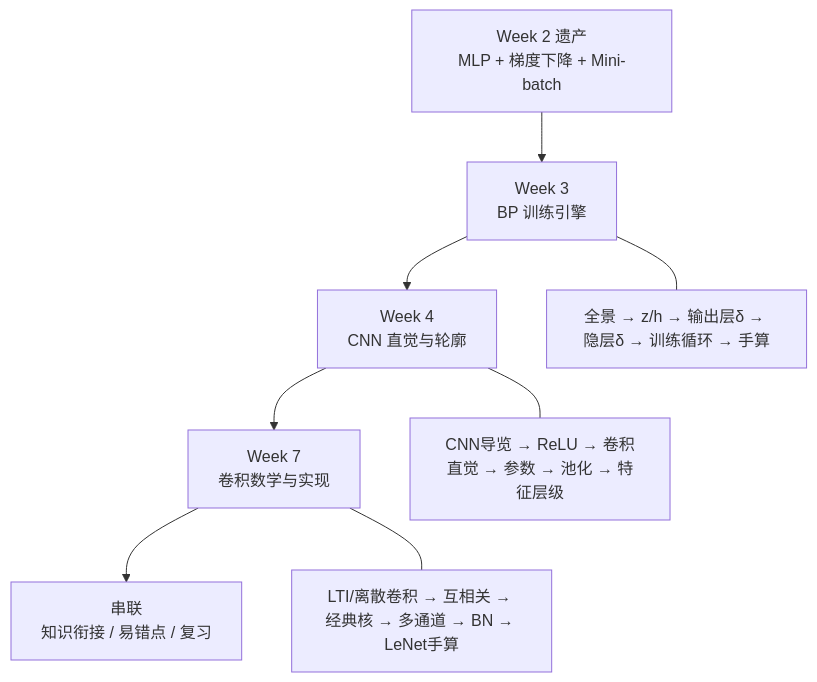
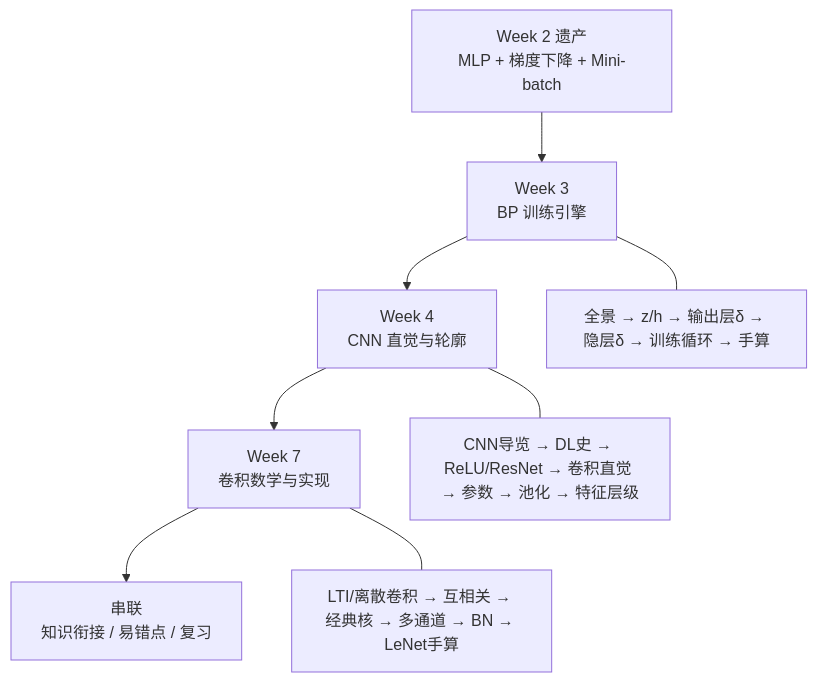
Before and after one commit to SummerS-tars/ai-course-guides: the first of 4 diagrams in guides/AI-Week3-4-学习指南.md, drawn with Mermaid. The commit also changed other lines of this file and 10 other files, not shown here.

````diff
--- a/guides/AI-Week3-4-学习指南.md
+++ b/guides/AI-Week3-4-学习指南.md
@@ -63,17 +67,17 @@
 ```mermaid
 flowchart TB
     W2[Week 2 遗产<br/>MLP + 梯度下降 + Mini-batch]
     W3[Week 3<br/>BP 训练引擎]
     W4[Week 4<br/>CNN 直觉与轮廓]
     W7[Week 7<br/>卷积数学与实现]
     END[串联<br/>知识衔接 / 易错点 / 复习]
 
     W2 --> W3
     W3 --> W4
     W4 --> W7
     W7 --> END
 
     W3 --- W3a[全景 → z/h → 输出层δ → 隐层δ → 训练循环 → 手算]
-    W4 --- W4a[CNN导览 → ReLU → 卷积直觉 → 参数 → 池化 → 特征层级]
+    W4 --- W4a[CNN导览 → DL史 → ReLU/ResNet → 卷积直觉 → 参数 → 池化 → 特征层级]
     W7 --- W7a[LTI/离散卷积 → 互相关 → 经典核 → 多通道 → BN → LeNet手算]
 ```
````
